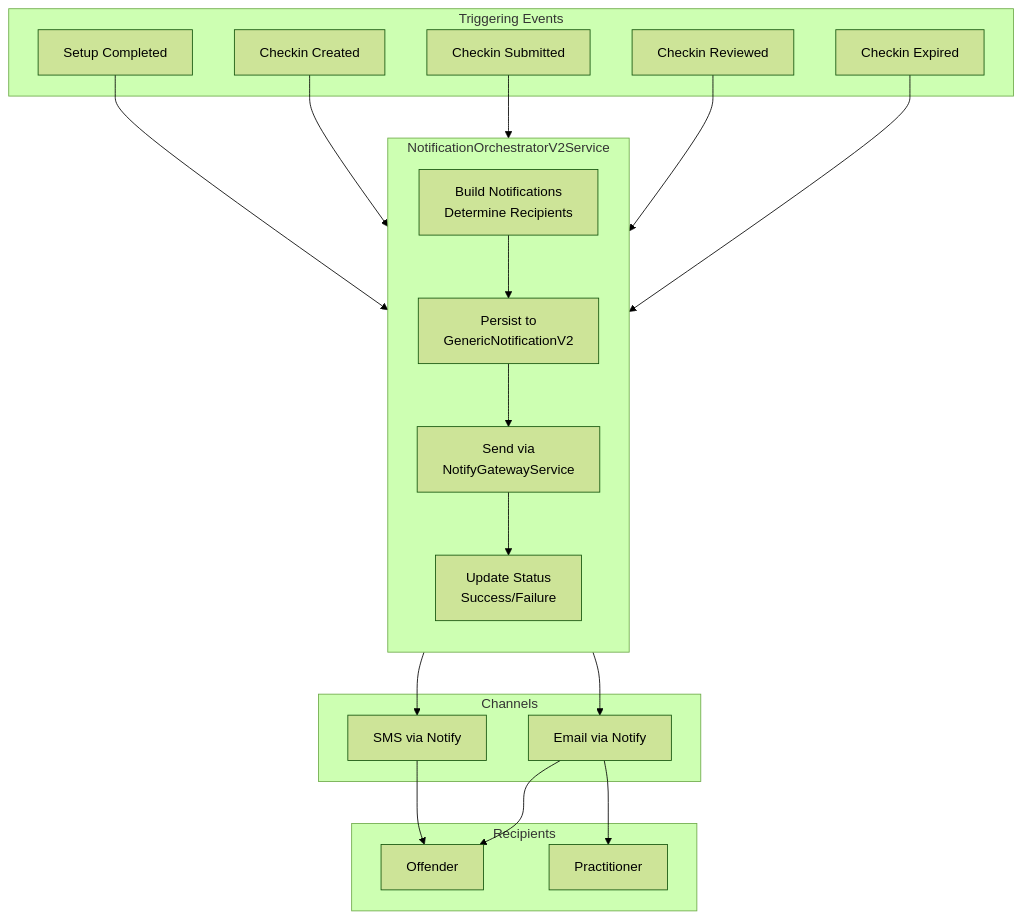
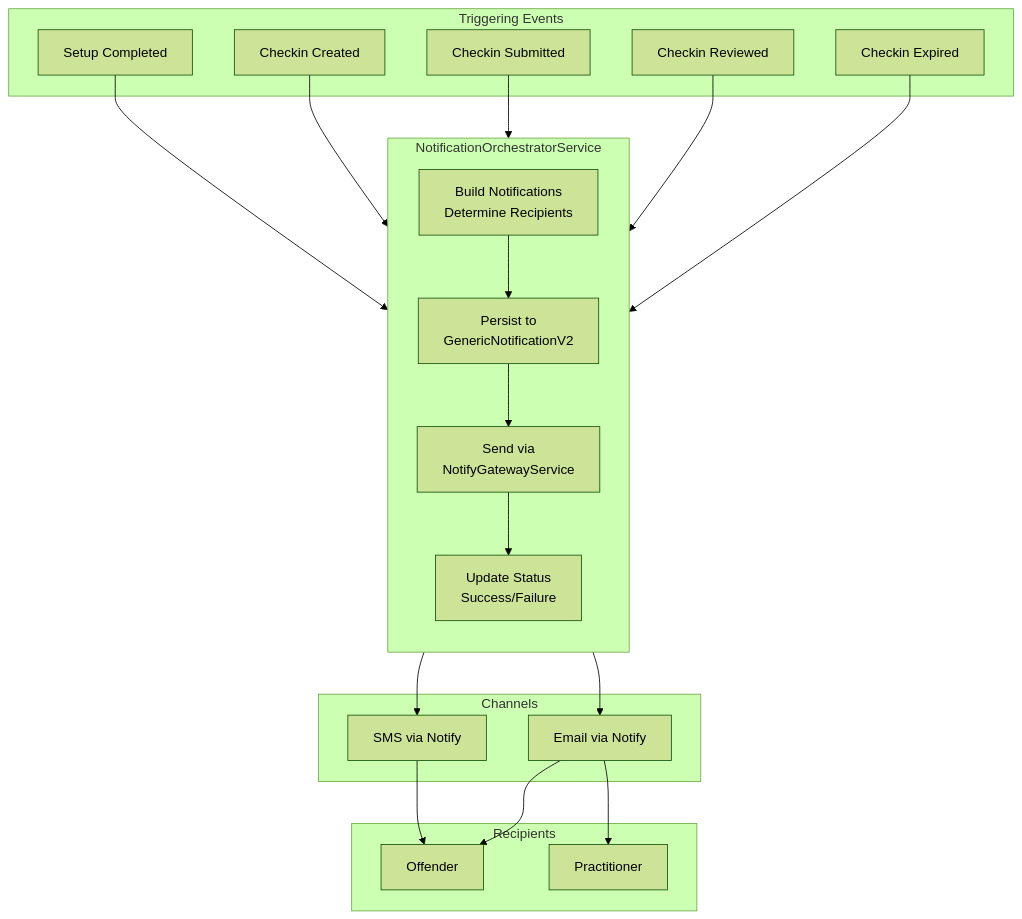
One commit to ministryofjustice/hmpps-esupervision-api changed the first of 3 diagrams in docs/v2/NOTIFICATIONS.md. Above: the diagram before and after it, drawn with Mermaid (forest theme). The commit also changed other lines of this file and 23 other files, not shown here.

First line of the commit message:
remove NotificationService

````diff
--- a/docs/v2/NOTIFICATIONS.md
+++ b/docs/v2/NOTIFICATIONS.md
@@ -9,44 +9,44 @@
 ```mermaid
 flowchart TB
     subgraph "Triggering Events"
         E1[Setup Completed]
         E2[Checkin Created]
         E3[Checkin Submitted]
         E4[Checkin Reviewed]
         E5[Checkin Expired]
     end
 
-    subgraph "NotificationOrchestratorV2Service"
+    subgraph "NotificationOrchestratorService"
         direction TB
         BUILD[Build Notifications<br/>Determine Recipients]
         PERSIST[Persist to<br/>GenericNotificationV2]
         SEND[Send via<br/>NotifyGatewayService]
         STATUS[Update Status<br/>Success/Failure]
     end
 
     subgraph "Channels"
         SMS[SMS via Notify]
         EMAIL[Email via Notify]
     end
 
     subgraph "Recipients"
         OFF[Offender]
         PRAC[Practitioner]
     end
 
     E1 --> BUILD
     E2 --> BUILD
     E3 --> BUILD
     E4 --> BUILD
     E5 --> BUILD
 
     BUILD --> PERSIST
     PERSIST --> SEND
     SEND --> SMS
     SEND --> EMAIL
     SEND --> STATUS
 
     SMS --> OFF
     EMAIL --> OFF
     EMAIL --> PRAC
 ```
````
